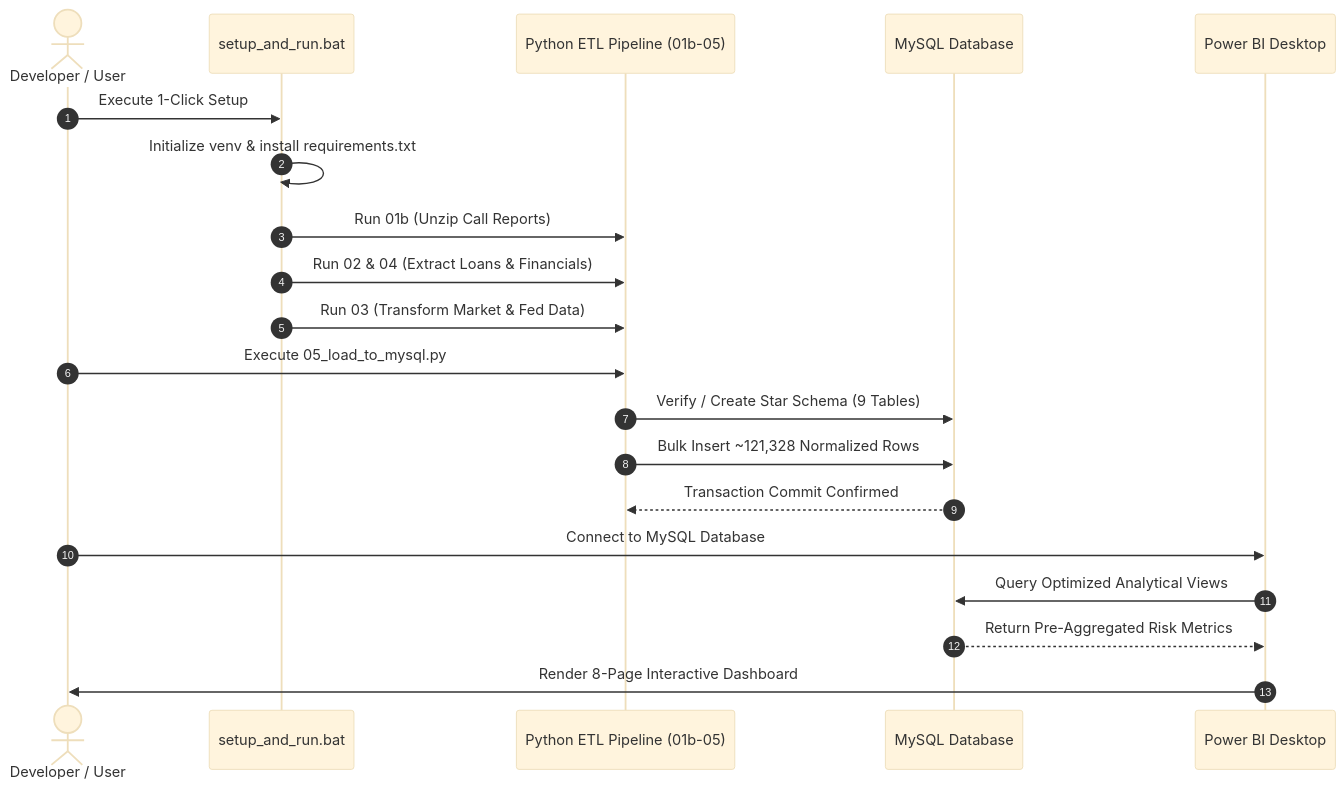
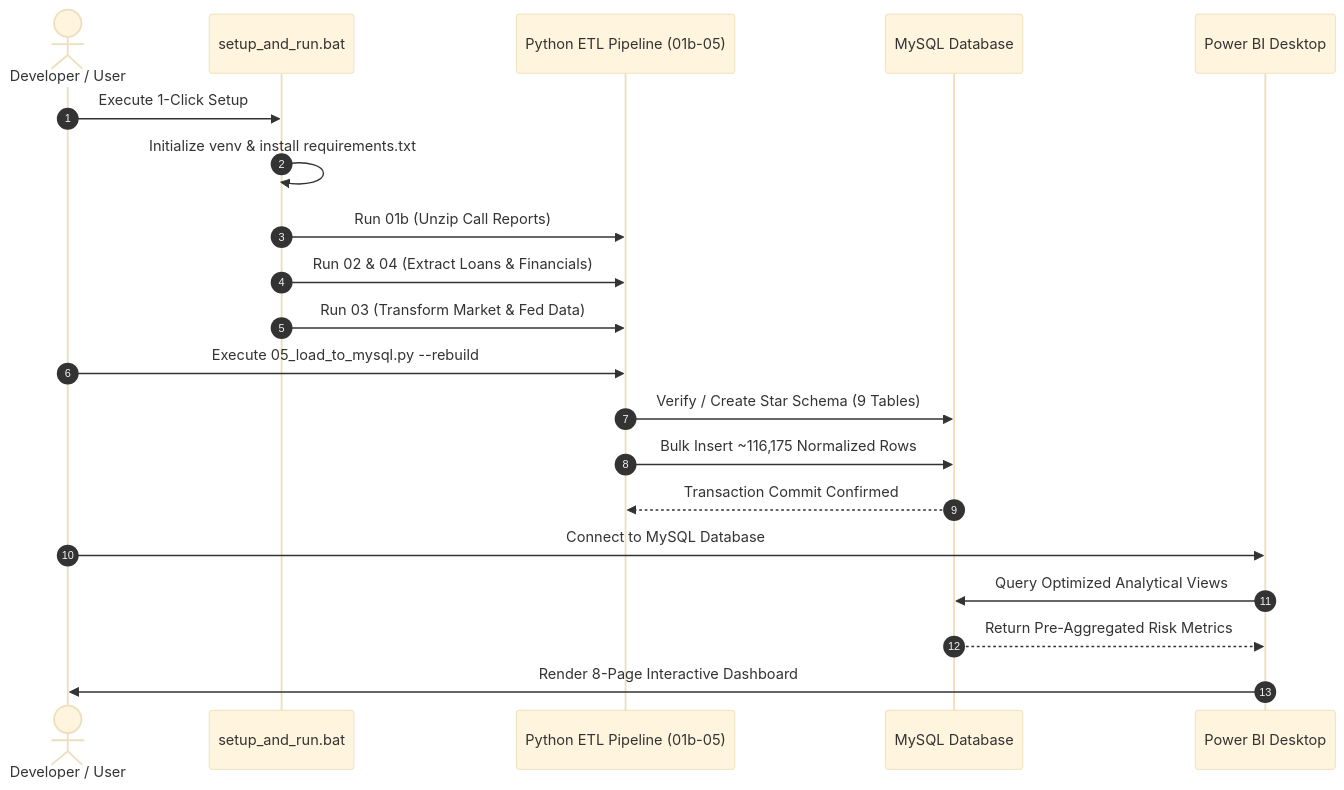
One commit to abdalatyf/Financial_Risk_EWS changed the sixth of 11 diagrams in docs/04_System_Analysis_and_Design.md. Above: the diagram before and after it, drawn with Mermaid (base theme). The commit also changed other lines of this file and 8 other files, not shown here.

````diff
--- a/docs/04_System_Analysis_and_Design.md
+++ b/docs/04_System_Analysis_and_Design.md
@@ -185,23 +255,23 @@
 ```mermaid
 sequenceDiagram
     autonumber
     actor Dev as Developer / User
     participant Bat as setup_and_run.bat
     participant Py as Python ETL Pipeline (01b-05)
     participant DB as MySQL Database
     participant BI as Power BI Desktop
 
     Dev->>Bat: Execute 1-Click Setup
     Bat->>Bat: Initialize venv & install requirements.txt
     Bat->>Py: Run 01b (Unzip Call Reports)
     Bat->>Py: Run 02 & 04 (Extract Loans & Financials)
     Bat->>Py: Run 03 (Transform Market & Fed Data)
-    Dev->>Py: Execute 05_load_to_mysql.py
+    Dev->>Py: Execute 05_load_to_mysql.py --rebuild
     Py->>DB: Verify / Create Star Schema (9 Tables)
-    Py->>DB: Bulk Insert ~121,328 Normalized Rows
+    Py->>DB: Bulk Insert ~116,175 Normalized Rows
     DB-->>Py: Transaction Commit Confirmed
     Dev->>BI: Connect to MySQL Database
     BI->>DB: Query Optimized Analytical Views
     DB-->>BI: Return Pre-Aggregated Risk Metrics
     BI->>Dev: Render 8-Page Interactive Dashboard
 ```
````
